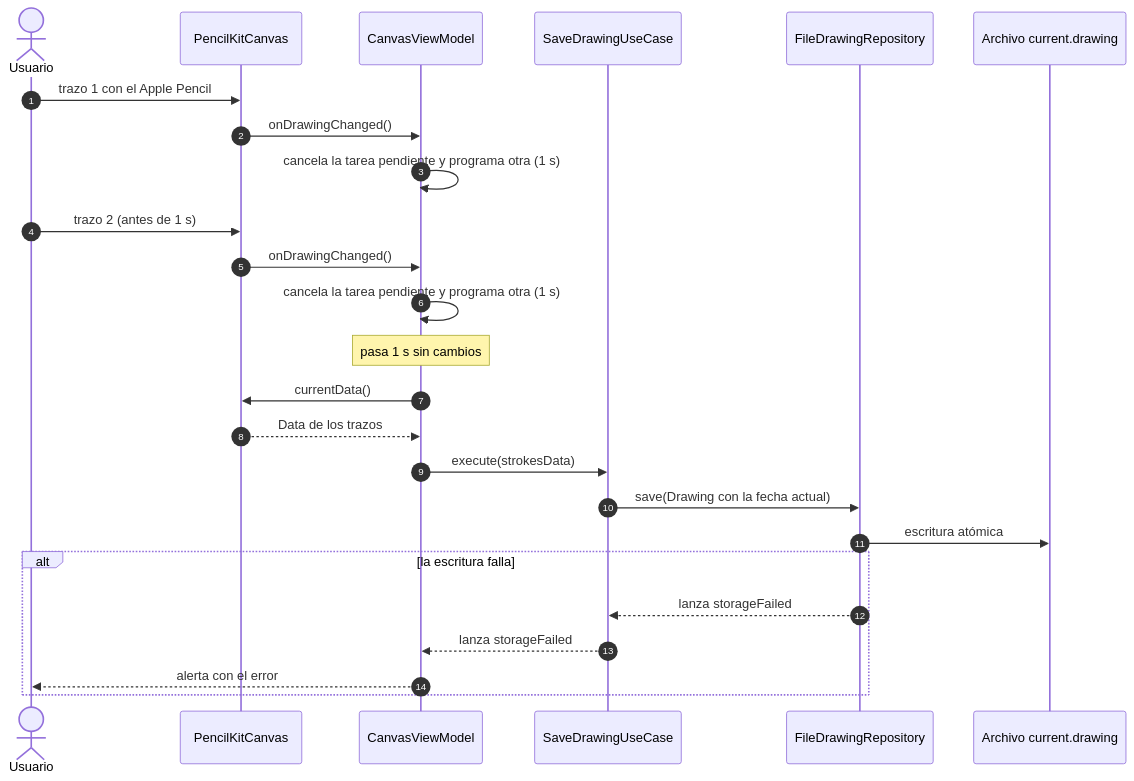
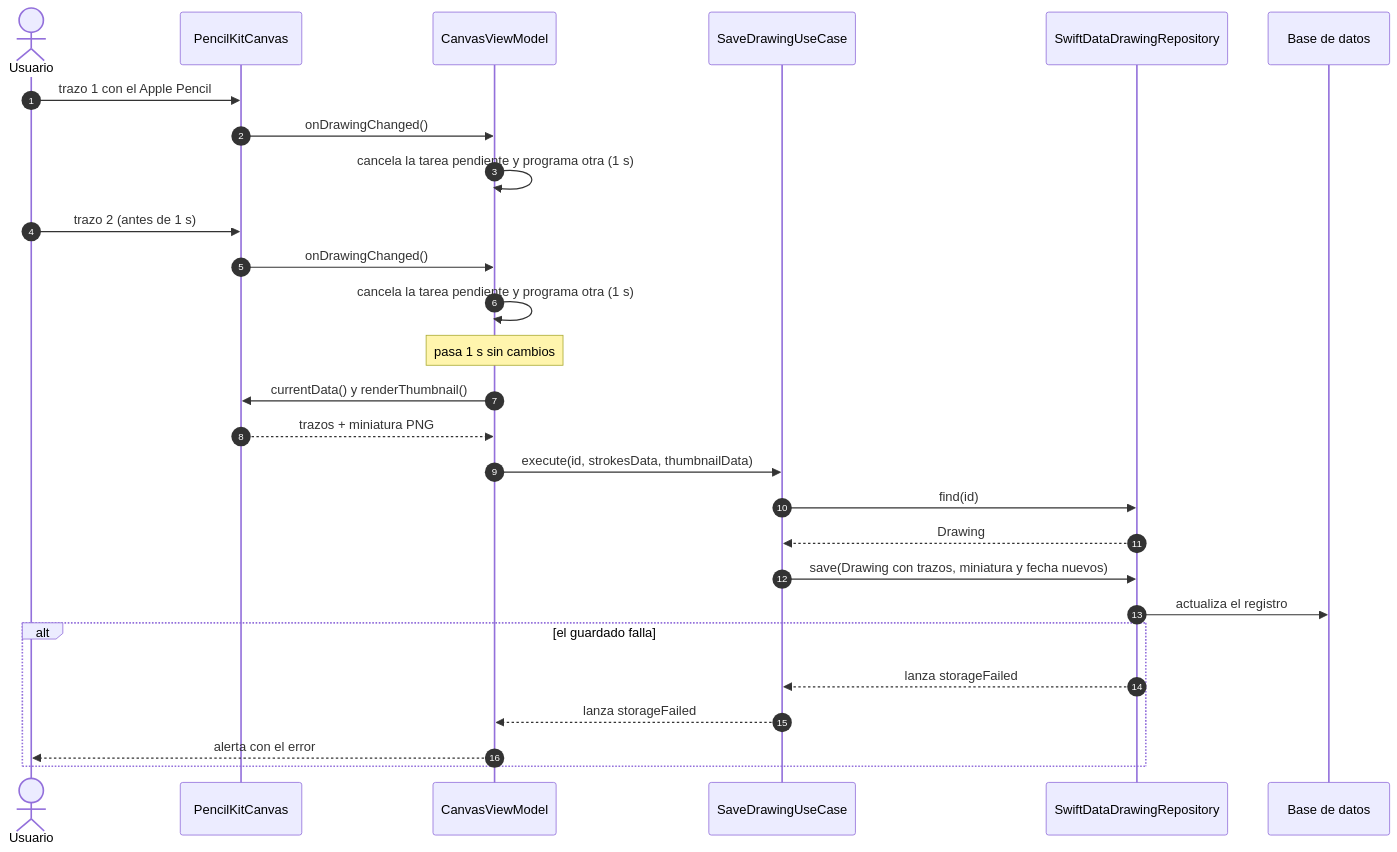
Before and after one commit to jhonjairo6230/DrawPad: the fifth of 8 diagrams in docs/arquitectura.md, drawn with Mermaid. The commit also changed other lines of this file and 6 other files, not shown here.

First line of the commit message:
Documentar la galería y la base de datos SwiftData

````diff
--- a/docs/arquitectura.md
+++ b/docs/arquitectura.md
@@ -240,28 +336,30 @@
 ```mermaid
 sequenceDiagram
     autonumber
     actor U as Usuario
     participant K as PencilKitCanvas
     participant VM as CanvasViewModel
     participant UC as SaveDrawingUseCase
-    participant R as FileDrawingRepository
-    participant FS as Archivo current.drawing
+    participant R as SwiftDataDrawingRepository
+    participant DB as Base de datos
 
     U->>K: trazo 1 con el Apple Pencil
     K->>VM: onDrawingChanged()
     VM->>VM: cancela la tarea pendiente y programa otra (1 s)
     U->>K: trazo 2 (antes de 1 s)
     K->>VM: onDrawingChanged()
     VM->>VM: cancela la tarea pendiente y programa otra (1 s)
     Note over VM: pasa 1 s sin cambios
-    VM->>K: currentData()
-    K-->>VM: Data de los trazos
-    VM->>UC: execute(strokesData)
-    UC->>R: save(Drawing con la fecha actual)
-    R->>FS: escritura atómica
-    alt la escritura falla
+    VM->>K: currentData() y renderThumbnail()
+    K-->>VM: trazos + miniatura PNG
+    VM->>UC: execute(id, strokesData, thumbnailData)
+    UC->>R: find(id)
+    R-->>UC: Drawing
+    UC->>R: save(Drawing con trazos, miniatura y fecha nuevos)
+    R->>DB: actualiza el registro
+    alt el guardado falla
         R-->>UC: lanza storageFailed
         UC-->>VM: lanza storageFailed
         VM-->>U: alerta con el error
     end
 ```
````
